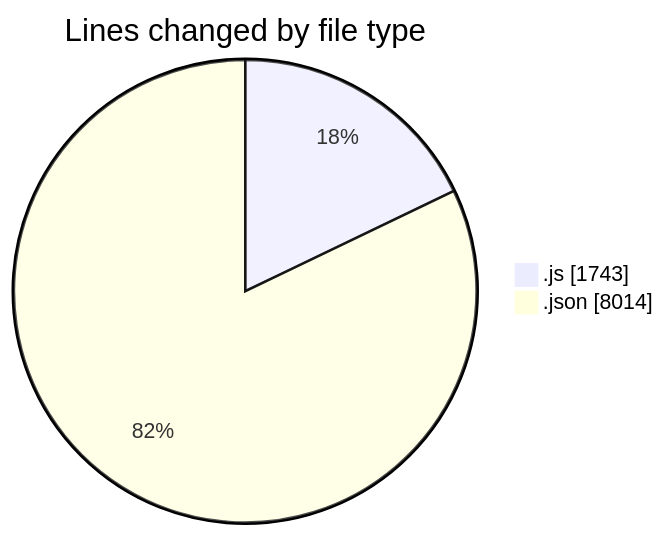
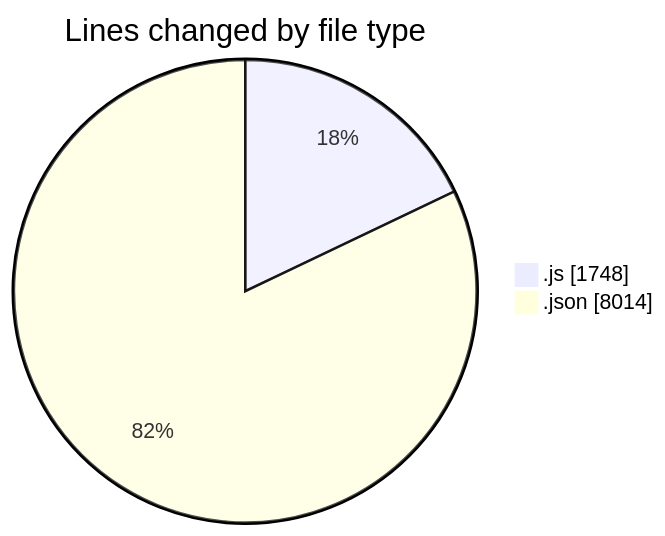
The first of 2 diagrams in 2025-01-11/good-pr/README.md (momahboobian/code-tracking), drawn with Mermaid before and after one commit. The commit also changed other lines of this file and 1 other file, not shown here.

````diff
--- a/2025-01-11/good-pr/README.md
+++ b/2025-01-11/good-pr/README.md
@@ -38,6 +38,6 @@
 ```mermaid
 pie showData
 title Lines changed by file type
-".js" : 1743
+".js" : 1748
 ".json" : 8014
 ```
````
